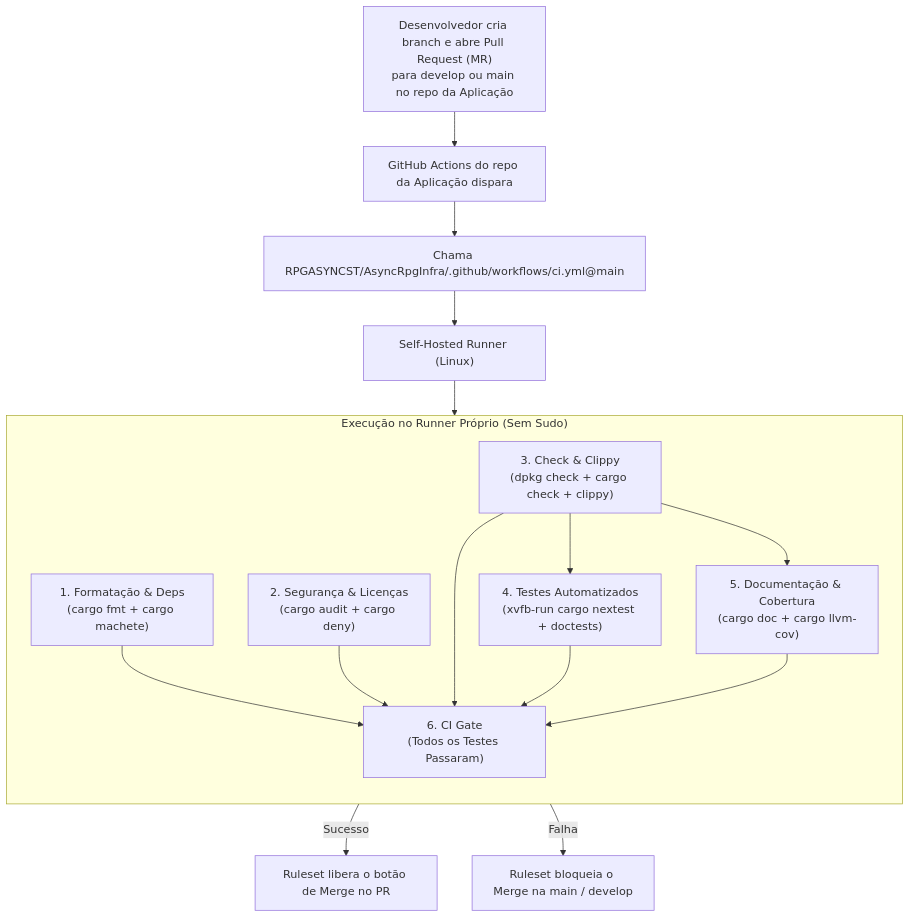
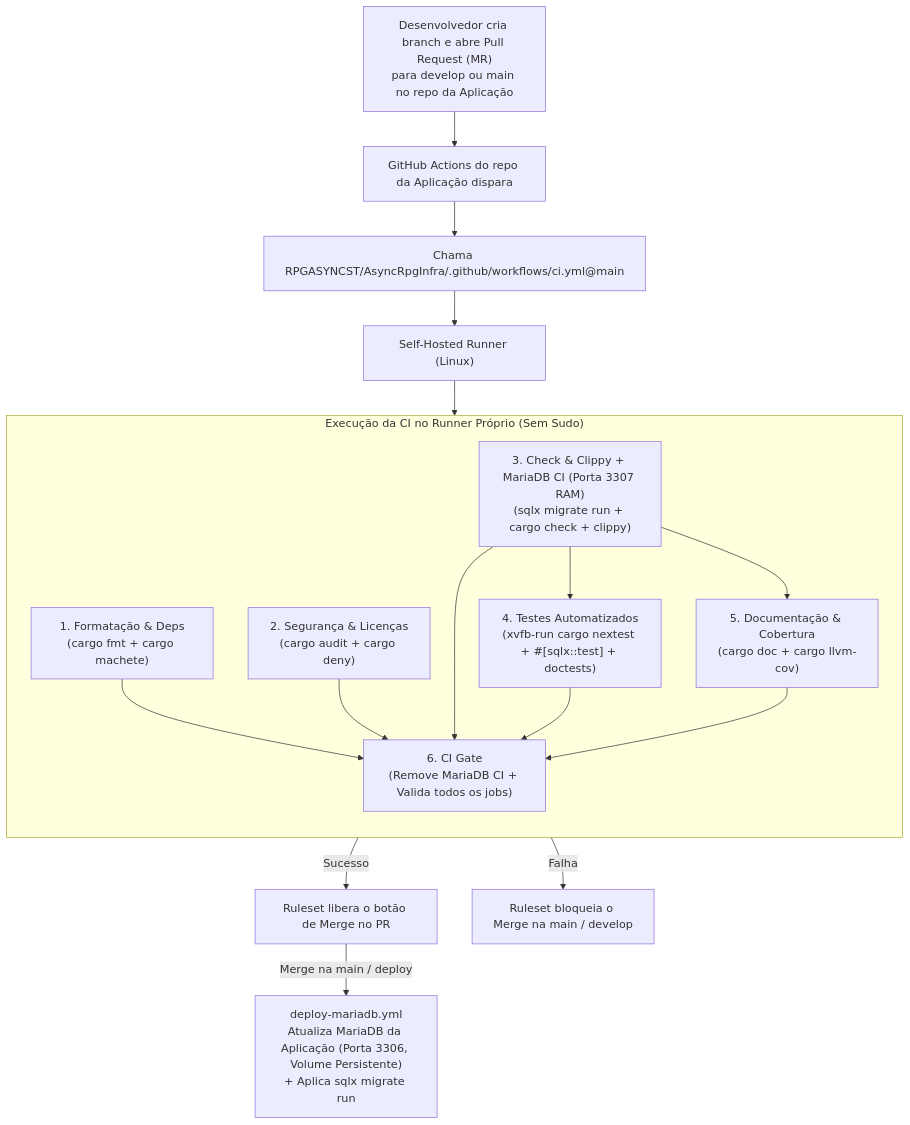
Before and after one commit to RPGASYNCST/AsyncRpgInfra: the diagram in README.md, drawn with Mermaid. The commit also changed other lines of this file and 6 other files, not shown here.

Commit message:
Criada pipeline para criacao de banco de dados mariaDB

````diff
--- a/README.md
+++ b/README.md
@@ -11,28 +11,29 @@
 ```mermaid
 flowchart TD
     Dev["Desenvolvedor cria branch e abre Pull Request (MR)<br/>para develop ou main no repo da Aplicação"] --> Trigger["GitHub Actions do repo da Aplicação dispara"]
     Trigger --> Call["Chama RPGASYNCST/AsyncRpgInfra/.github/workflows/ci.yml@main"]
     Call --> Runner["Self-Hosted Runner (Linux)"]
 
-    subgraph Pipeline ["Execução no Runner Próprio (Sem Sudo)"]
+    subgraph Pipeline ["Execução da CI no Runner Próprio (Sem Sudo)"]
         direction TB
         J1["1. Formatação & Deps<br/>(cargo fmt + cargo machete)"]
         J2["2. Segurança & Licenças<br/>(cargo audit + cargo deny)"]
-        J3["3. Check & Clippy<br/>(dpkg check + cargo check + clippy)"]
-        J4["4. Testes Automatizados<br/>(xvfb-run cargo nextest + doctests)"]
+        J3["3. Check & Clippy + MariaDB CI (Porta 3307 RAM)<br/>(sqlx migrate run + cargo check + clippy)"]
+        J4["4. Testes Automatizados<br/>(xvfb-run cargo nextest + #[sqlx::test] + doctests)"]
         J5["5. Documentação & Cobertura<br/>(cargo doc + cargo llvm-cov)"]
-        Gate["6. CI Gate<br/>(Todos os Testes Passaram)"]
+        Gate["6. CI Gate<br/>(Remove MariaDB CI + Valida todos os jobs)"]
 
         J3 --> J4
         J3 --> J5
         J1 --> Gate
         J2 --> Gate
         J3 --> Gate
         J4 --> Gate
         J5 --> Gate
     end
 
     Runner --> Pipeline
     Gate -->|Sucesso| Merge["Ruleset libera o botão de Merge no PR"]
     Gate -->|Falha| Block["Ruleset bloqueia o Merge na main / develop"]
+    Merge -->|Merge na main / deploy| DeployDB["deploy-mariadb.yml<br/>Atualiza MariaDB da Aplicação (Porta 3306, Volume Persistente)<br/>+ Aplica sqlx migrate run"]
 ```
````
